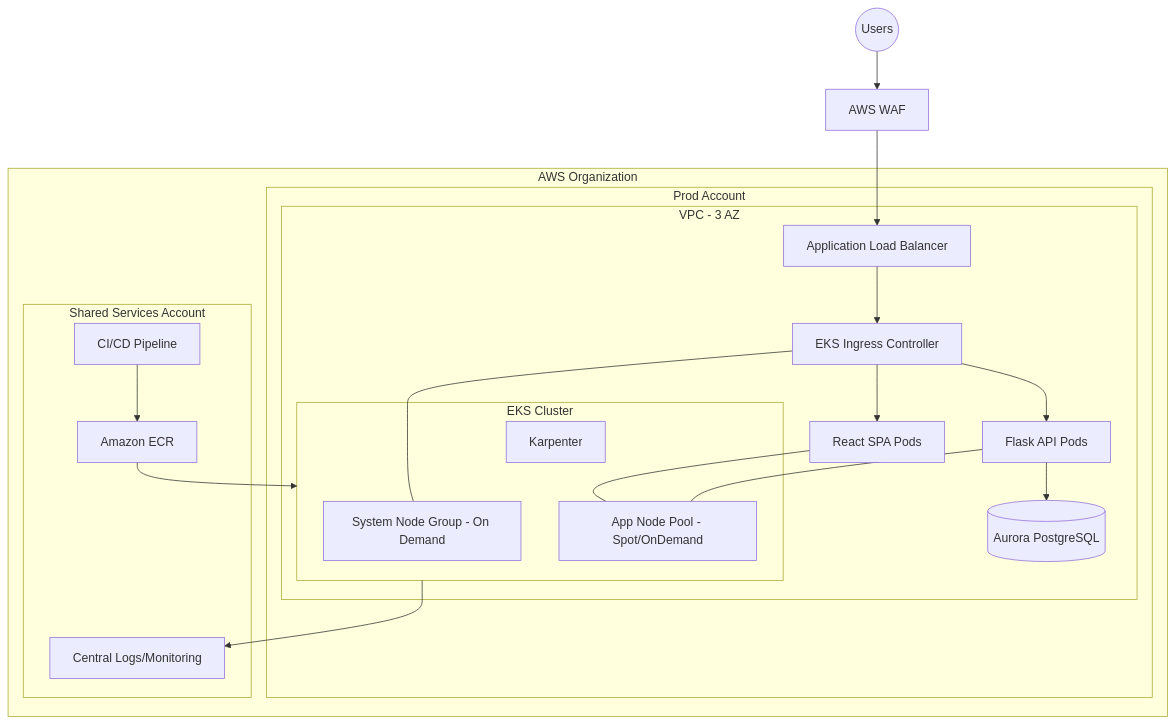
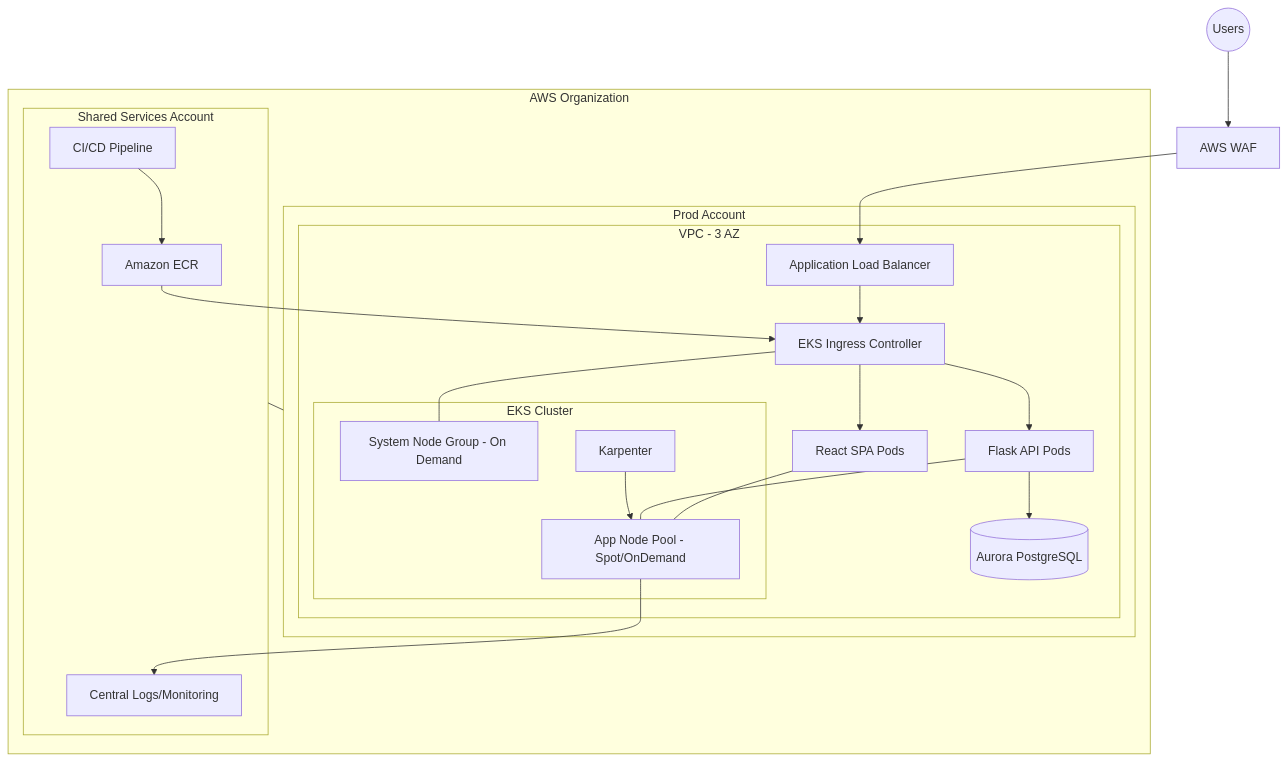
Before and after one commit to gezim-tech/opsfleet: the diagram in architecture/diagrams/high-level-architecture.mmd, drawn with Mermaid. The commit also changed 1 other file, not shown here.

Commit message:
fix: put shared-services inside AWS organization

```diff
--- a/architecture/diagrams/high-level-architecture.mmd
+++ b/architecture/diagrams/high-level-architecture.mmd
@@ -1,35 +1,34 @@
 flowchart TB
   Internet((Users)) --> WAF[AWS WAF]
   WAF --> ALB[Application Load Balancer]
 
   subgraph AWS_Org[AWS Organization]
+    subgraph Shared[Shared Services Account]
+      CI[CI/CD Pipeline] --> ECR[Amazon ECR]
+      Logs[Central Logs/Monitoring]
+    end
+
     subgraph Prod_Account[Prod Account]
       subgraph VPC[VPC - 3 AZ]
         ALB --> Ingress[EKS Ingress Controller]
         Ingress --> FE[React SPA Pods]
         Ingress --> API[Flask API Pods]
         API --> DB[(Aurora PostgreSQL)]
 
         subgraph EKS[EKS Cluster]
           SystemNG[System Node Group - On Demand]
           AppPool[App Node Pool - Spot/OnDemand]
           Karpenter[Karpenter]
         end
 
         FE --- AppPool
         API --- AppPool
         Ingress --- SystemNG
-        Karpenter --- EKS
+        Karpenter --> AppPool
       end
     end
 
-    subgraph Shared[Shared Services Account]
-      CI[CI/CD Pipeline]
-      ECR[Amazon ECR]
-      Logs[Central Logs/Monitoring]
-    end
-
-    CI --> ECR
-    ECR --> EKS
-    EKS --> Logs
+    Shared --- Prod_Account
+    ECR --> Ingress
+    AppPool --> Logs
   end
```
